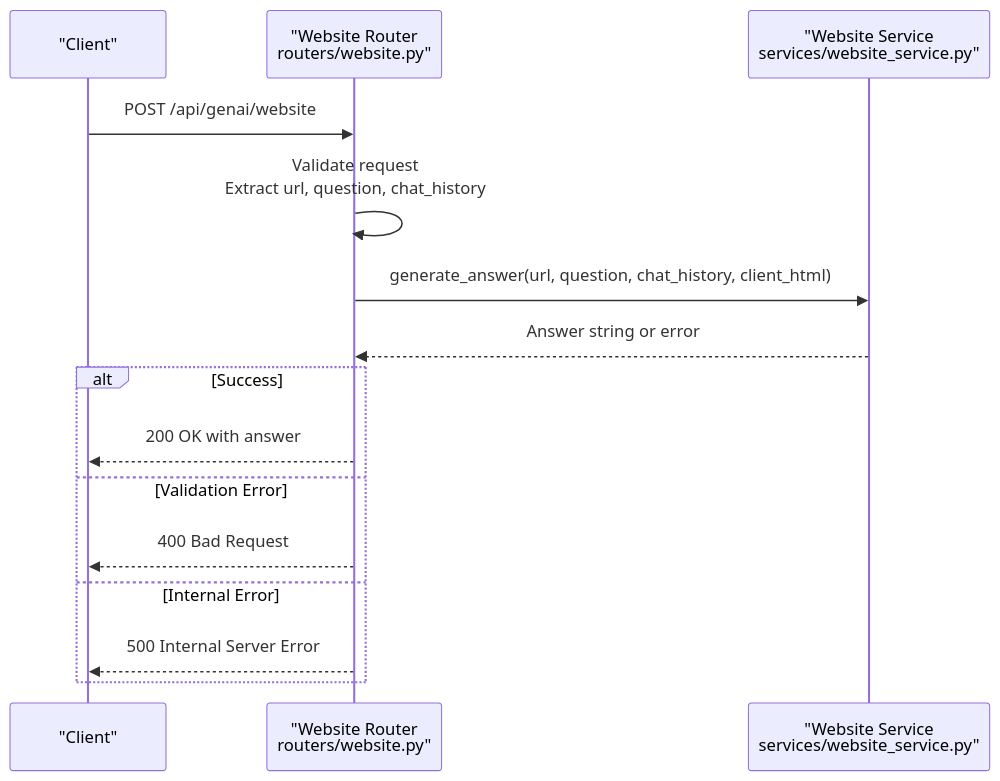
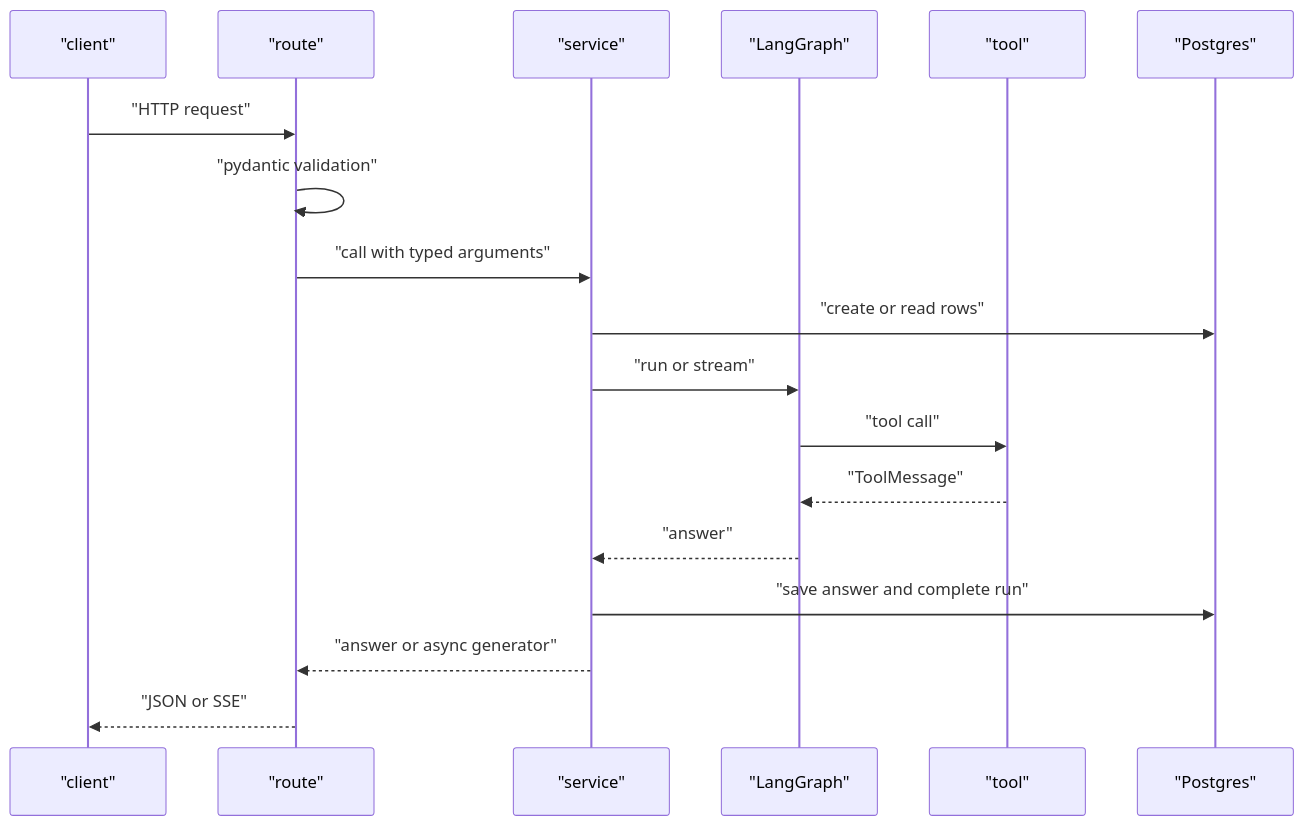
One commit to tashifkhan/tashif.codes changed the fourth of 6 diagrams in src/data/docs/agentic-browser/System Architecture/Backend Server Design.md. Above: the diagram before and after it, drawn with Mermaid. The commit also changed other lines of this file and 114 other files, not shown here.

````diff
--- a/src/data/docs/agentic-browser/System Architecture/Backend Server Design.md
+++ b/src/data/docs/agentic-browser/System Architecture/Backend Server Design.md
@@ -102,17 +151,20 @@
 ```mermaid
 sequenceDiagram
-participant Client as "Client"
-participant Router as "Website Router<br/>routers/website.py"
-participant Service as "Website Service<br/>services/website_service.py"
-Client->>Router : POST /api/genai/website
-Router->>Router : Validate request<br/>Extract url, question, chat_history
-Router->>Service : generate_answer(url, question, chat_history, client_html)
-Service-->>Router : Answer string or error
-alt Success
-Router-->>Client : 200 OK with answer
-else Validation Error
-Router-->>Client : 400 Bad Request
-else Internal Error
-Router-->>Client : 500 Internal Server Error
-end
+  participant Client as "client"
+  participant Route as "route"
+  participant Service as "service"
+  participant Agent as "LangGraph"
+  participant Tool as "tool"
+  participant Store as "Postgres"
+  Client->>Route: "HTTP request"
+  Route->>Route: "pydantic validation"
+  Route->>Service: "call with typed arguments"
+  Service->>Store: "create or read rows"
+  Service->>Agent: "run or stream"
+  Agent->>Tool: "tool call"
+  Tool-->>Agent: "ToolMessage"
+  Agent-->>Service: "answer"
+  Service->>Store: "save answer and complete run"
+  Service-->>Route: "answer or async generator"
+  Route-->>Client: "JSON or SSE"
 ```
````
